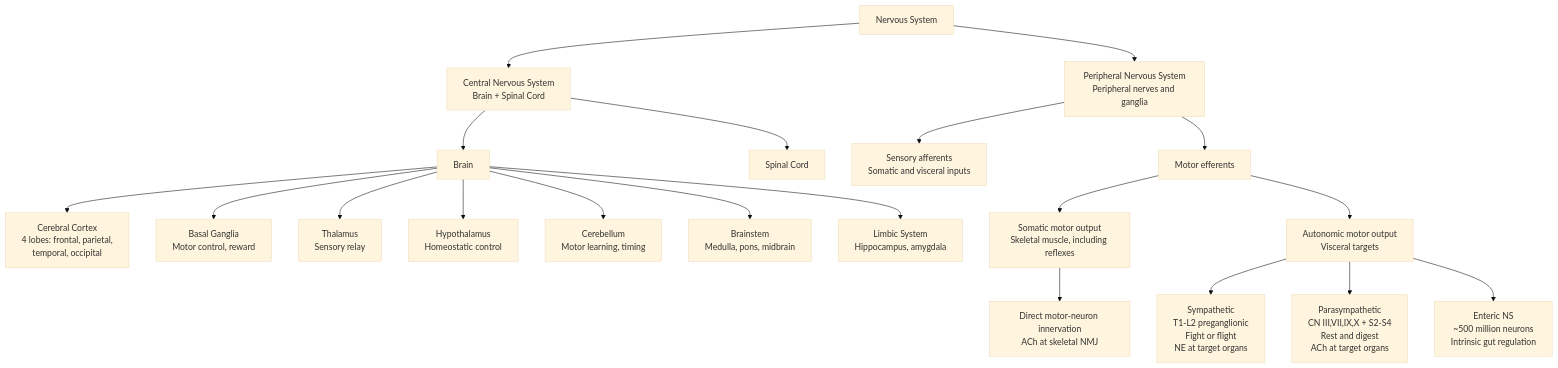
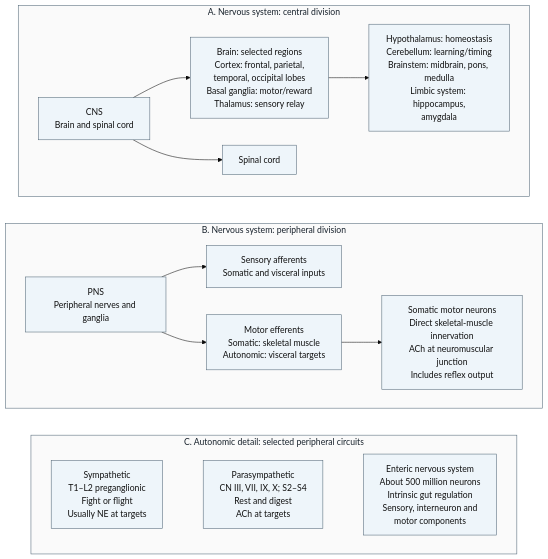
Before and after one commit to docxology/biology_textbook: the first of 3 diagrams in docs/manuscript/unit_IX/nervous_system.md, drawn with Mermaid (base theme). The commit also changed other lines of this file and 41 other files, not shown here.

````diff
--- a/docs/manuscript/unit_IX/nervous_system.md
+++ b/docs/manuscript/unit_IX/nervous_system.md
@@ -47,26 +47,32 @@
 ```mermaid
-graph TD
-    NS[Nervous System] --> CNS[Central Nervous System<br/>Brain + Spinal Cord]
-    NS --> PNS[Peripheral Nervous System<br/>Peripheral nerves and ganglia]
-
-    CNS --> Brain[Brain]
-    CNS --> SC[Spinal Cord]
-
-    Brain --> Cerebrum["Cerebral Cortex<br/>4 lobes: frontal, parietal,<br/>temporal, occipital"]
-    Brain --> BG["Basal Ganglia<br/>Motor control, reward"]
-    Brain --> Thal["Thalamus<br/>Sensory relay"]
-    Brain --> Hypo["Hypothalamus<br/>Homeostatic control"]
-    Brain --> Cereb["Cerebellum<br/>Motor learning, timing"]
-    Brain --> BS["Brainstem<br/>Medulla, pons, midbrain"]
-    Brain --> Limbic["Limbic System<br/>Hippocampus, amygdala"]
-
-    PNS --> Aff["Sensory afferents<br/>Somatic and visceral inputs"]
-    PNS --> Eff["Motor efferents"]
-    Eff --> Somatic["Somatic motor output<br/>Skeletal muscle, including reflexes"]
-    Eff --> Auto["Autonomic motor output<br/>Visceral targets"]
-    Somatic --> NMJ["Direct motor-neuron innervation<br/>ACh at skeletal NMJ"]
-
-    Auto --> Symp["Sympathetic<br/>T1-L2 preganglionic<br/>Fight or flight<br/>NE at target organs"]
-    Auto --> Para["Parasympathetic<br/>CN III,VII,IX,X + S2-S4<br/>Rest and digest<br/>ACh at target organs"]
-    Auto --> Ent["Enteric NS<br/>~500 million neurons<br/>Intrinsic gut regulation"]
+---
+config:
+  layout: dagre
+---
+flowchart TD
+    subgraph Central["A. Nervous system: central division"]
+        direction LR
+        CNS["CNS<br/>Brain and spinal cord"] --> Brain["Brain: selected regions<br/>Cortex: frontal, parietal,<br/>temporal, occipital lobes<br/>Basal ganglia: motor/reward<br/>Thalamus: sensory relay"]
+        CNS --> SC["Spinal cord"]
+        Brain --> Other["Hypothalamus: homeostasis<br/>Cerebellum: learning/timing<br/>Brainstem: midbrain, pons, medulla<br/>Limbic system: hippocampus,<br/>amygdala"]
+    end
+    subgraph Peripheral["B. Nervous system: peripheral division"]
+        direction LR
+        PNS["PNS<br/>Peripheral nerves and ganglia"] --> Aff["Sensory afferents<br/>Somatic and visceral inputs"]
+        PNS --> Eff["Motor efferents<br/>Somatic: skeletal muscle<br/>Autonomic: visceral targets"]
+        Eff --> NMJ["Somatic motor neurons<br/>Direct skeletal-muscle innervation<br/>ACh at neuromuscular junction<br/>Includes reflex output"]
+    end
+    subgraph Autonomic["C. Autonomic detail: selected peripheral circuits"]
+        direction LR
+        Symp["Sympathetic<br/>T1–L2 preganglionic<br/>Fight or flight<br/>Usually NE at targets"]
+        Para["Parasympathetic<br/>CN III, VII, IX, X; S2–S4<br/>Rest and digest<br/>ACh at targets"]
+        Ent["Enteric nervous system<br/>About 500 million neurons<br/>Intrinsic gut regulation<br/>Sensory, interneuron and<br/>motor components"]
+        Symp ~~~ Para ~~~ Ent
+    end
+    Central ~~~ Peripheral ~~~ Autonomic
+    classDef readable fill:#eef5fa,stroke:#526777,color:#111111
+    class CNS,Brain,SC,Other,PNS,Aff,Eff,NMJ,Symp,Para,Ent readable
+    style Central fill:#fafafa,stroke:#526777,color:#17212b
+    style Peripheral fill:#fafafa,stroke:#526777,color:#17212b
+    style Autonomic fill:#fafafa,stroke:#526777,color:#17212b
 ```
````
